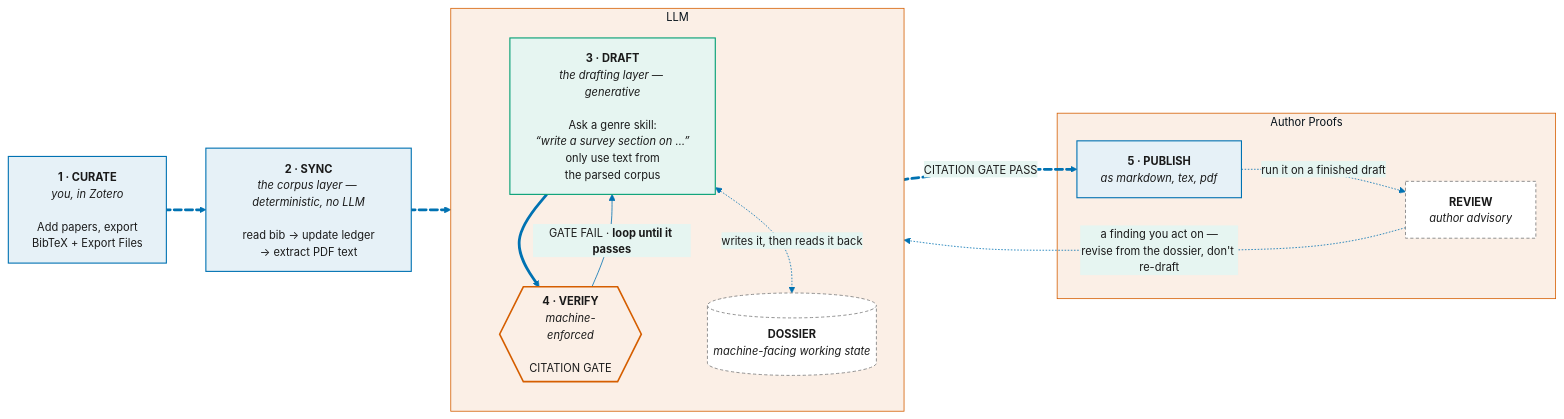
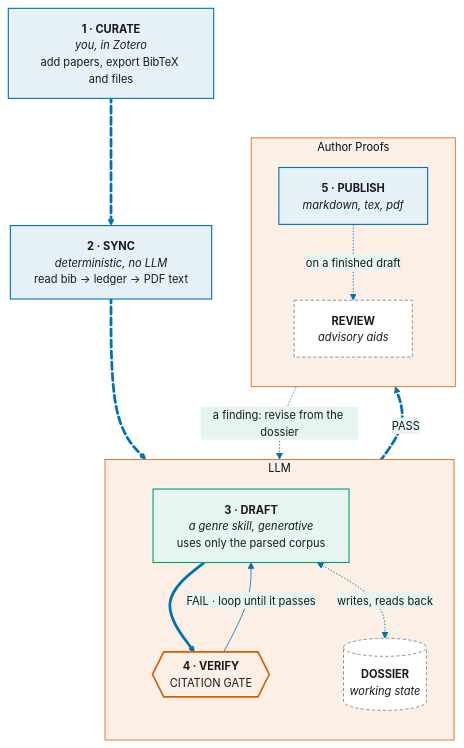
One commit to prasadtalasila/chitragupta changed the diagram in docs/diagrams/v1-overview.mmd. Above: the diagram before and after it, drawn with Mermaid. The commit also changed 145 other files, not shown here.

```diff
--- a/docs/diagrams/v1-overview.mmd
+++ b/docs/diagrams/v1-overview.mmd
@@ -1,60 +1,61 @@
 %%{init: {
   "theme": "base",
   "themeVariables": {
     "fontSize": "14px",
     "primaryColor": "#E6F1F7",
     "primaryBorderColor": "#0072B2",
     "primaryTextColor": "#1A1A1A",
     "lineColor": "#0072B2",
     "secondaryColor": "#E6F5F1",
     "secondaryBorderColor": "#009E73",
     "tertiaryColor": "#FBEFE6",
     "tertiaryBorderColor": "#D55E00"
   }
 }}%%
-flowchart LR
+flowchart TB
 
-  P0["<b>1 · CURATE</b><br/><i>you, in Zotero</i><br/><br/>Add papers, export<br/>BibTeX + Export Files"]
+  P0["<b>1 · CURATE</b><br/><i>you, in Zotero</i><br/>add papers, export BibTeX and files"]
 
-  P1["<b>2 · SYNC</b><br/><i>the corpus layer — deterministic, no LLM</i><br/><br/>read bib → update ledger<br/>→ extract PDF text"]
+  P1["<b>2 · SYNC</b><br/><i>deterministic, no LLM</i><br/>read bib → ledger → PDF text"]
 
-  P2["<b>3 · DRAFT</b><br/><i>the drafting layer — generative</i><br/><br/>Ask a genre skill:<br/><i>“write a survey section on …”</i><br/>only use text from<br/>the parsed corpus"]
+  P2["<b>3 · DRAFT</b><br/><i>a genre skill, generative</i><br/>uses only the parsed corpus"]
 
-  P3{{"<b>4 · VERIFY</b><br/><i>machine-<br/>enforced</i><br/><br/>CITATION GATE"}}
+  P3{{"<b>4 · VERIFY</b><br/>CITATION GATE"}}
 
-  P4["<b>5 · PUBLISH</b><br/><i>as markdown, tex, pdf</i>"]
+  P4["<b>5 · PUBLISH</b><br/><i>markdown, tex, pdf</i>"]
 
-  DOSS[("<b>DOSSIER</b><br/><i>machine-facing working state</i>")]
+  DOSS[("<b>DOSSIER</b><br/><i>working state</i>")]
 
-  REV["<b>REVIEW</b><br/><i>author advisory"]
+  REV["<b>REVIEW</b><br/><i>advisory aids</i>"]
 
   P0 e1@==> P1 e2@==> P2
   e1@{ animate: true }
   e2@{ animate: true }
-  P3 e3@== "CITATION GATE PASS" ==> P4
+  P3 e3@== "PASS" ==> P4
   e3@{ animate: true }
   subgraph LLM
     direction TB
     P2 ==> P3
-    P2 <-. "writes it, then reads it back" .-> DOSS
-    P3 -- "GATE FAIL · <b>loop until it passes</b>" --> P2
+    P2 <-. "writes, reads back" .-> DOSS
+    P3 -- "FAIL · loop until it passes" --> P2
   end
 
   subgraph Author Proofs
-    P4 -. "run it on a finished draft" .-> REV
-    REV -. "a finding you act on —<br/>revise from the dossier, don't re-draft" .-> P2
+    direction TB
+    P4 -. "on a finished draft" .-> REV
   end
+  REV -. "a finding: revise from the dossier" .-> P2
 
   class P0 flow
   class P1 flow
   class P2 alt
   class P3 key
   class P4 flow
   class DOSS absent
   class REV absent
 
   %% house roles: generated by scripts/render_diagrams.py --sync
   classDef flow fill:#E6F1F7,stroke:#0072B2,stroke-width:1.4px,color:#1A1A1A
   classDef alt fill:#E6F5F1,stroke:#009E73,stroke-width:1.4px,color:#1A1A1A
   classDef key fill:#FBEFE6,stroke:#D55E00,stroke-width:2px,color:#1A1A1A
   classDef absent fill:#FFFFFF,stroke:#8C8C8C,stroke-width:1.2px,stroke-dasharray:4 3,color:#1A1A1A
```
